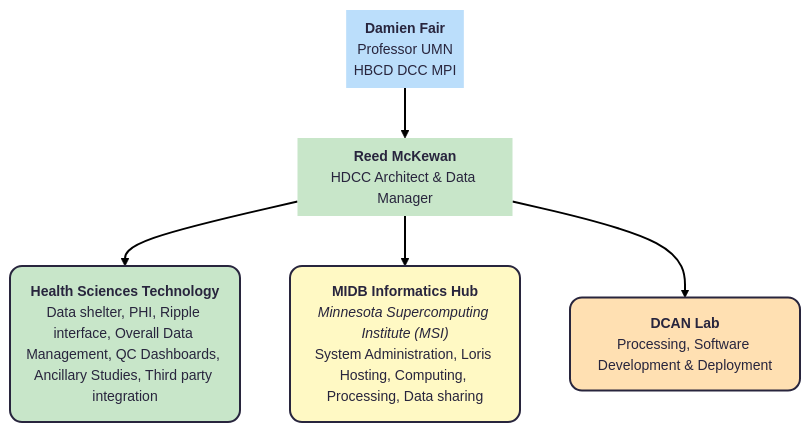
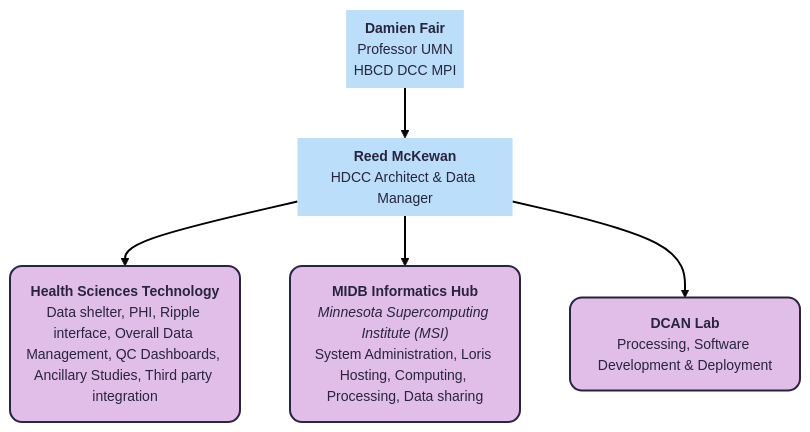
Before and after one commit to DCAN-Labs/hbcd-docs-internal: the third of 7 diagrams in docs/orgcharts.md, drawn with Mermaid. The commit also changed other lines of this file, not shown here.

````diff
--- a/docs/orgcharts.md
+++ b/docs/orgcharts.md
@@ -278,23 +278,23 @@
 ```mermaid
 ---
 config:
   theme: redux
   layout: dagre
 ---
 flowchart TB
     A["<b>Damien Fair</b><br>Professor UMN<br>HBCD DCC MPI"] --> A1["<b>Reed McKewan</b><br>HDCC Architect &amp; Data Manager"]
     A1 --> HST["<b>Health Sciences Technology</b><br>Data shelter, PHI, Ripple interface, Overall Data Management, QC Dashboards, Ancillary Studies, Third party integration"] & MIDB["<b>MIDB Informatics Hub</b><br><i>Minnesota Supercomputing Institute (MSI)</i><br>System Administration, Loris Hosting, Computing, Processing, Data sharing"] & DCAN["<b>DCAN Lab</b><br>Processing, Software Development &amp; Deployment"]
     A@{ shape: text}
     A1@{ shape: text}
     HST@{ shape: rounded}
     MIDB@{ shape: rounded}
     DCAN@{ shape: rounded}
     style A fill:#BBDEFB
-    style A1 fill:#C8E6C9
-    style HST fill:#C8E6C9
-    style MIDB fill:#FFF9C4
-    style DCAN fill:#FFE0B2
+    style A1 fill:#BBDEFB
+    style HST fill:#E1BEE7
+    style MIDB fill:#E1BEE7
+    style DCAN fill:#E1BEE7
     click HST "#health-sciences-technology-hst"
     click MIDB "#masonic-institute-for-the-developing-brain-midb-informatics-hub"
     click DCAN "#dcan-lab"
 ```
````
